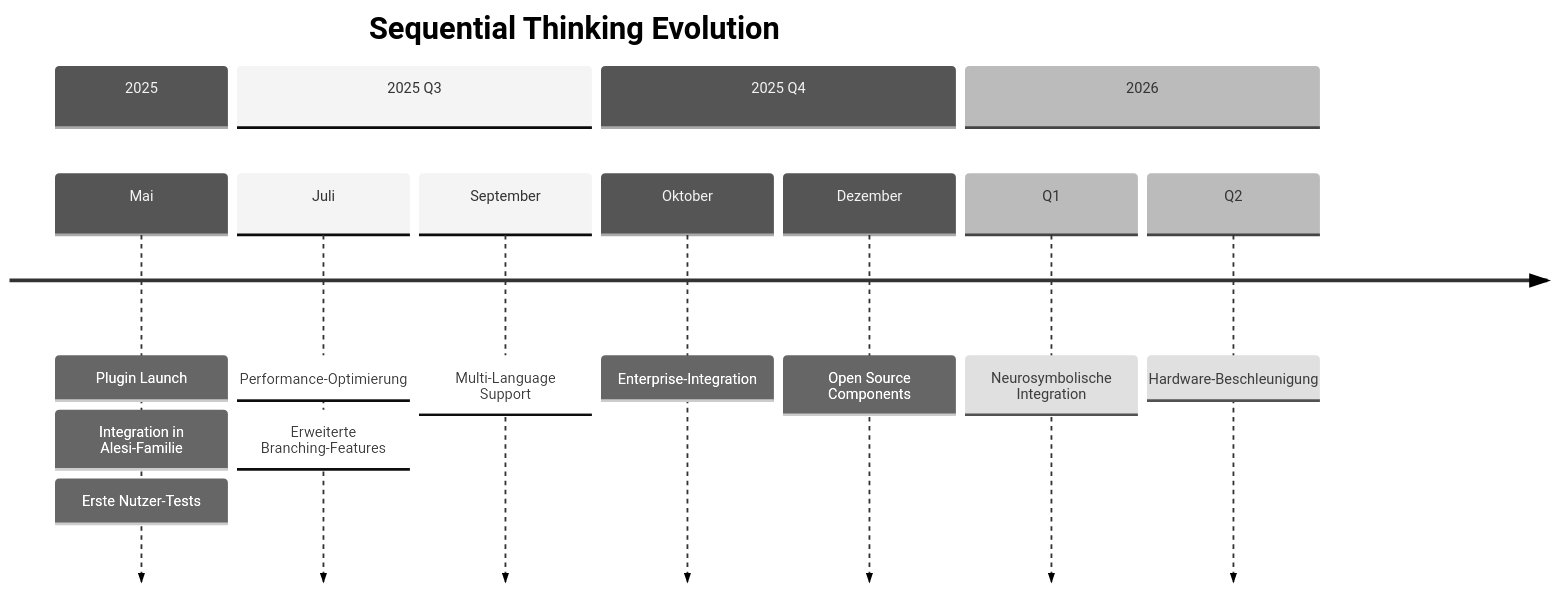
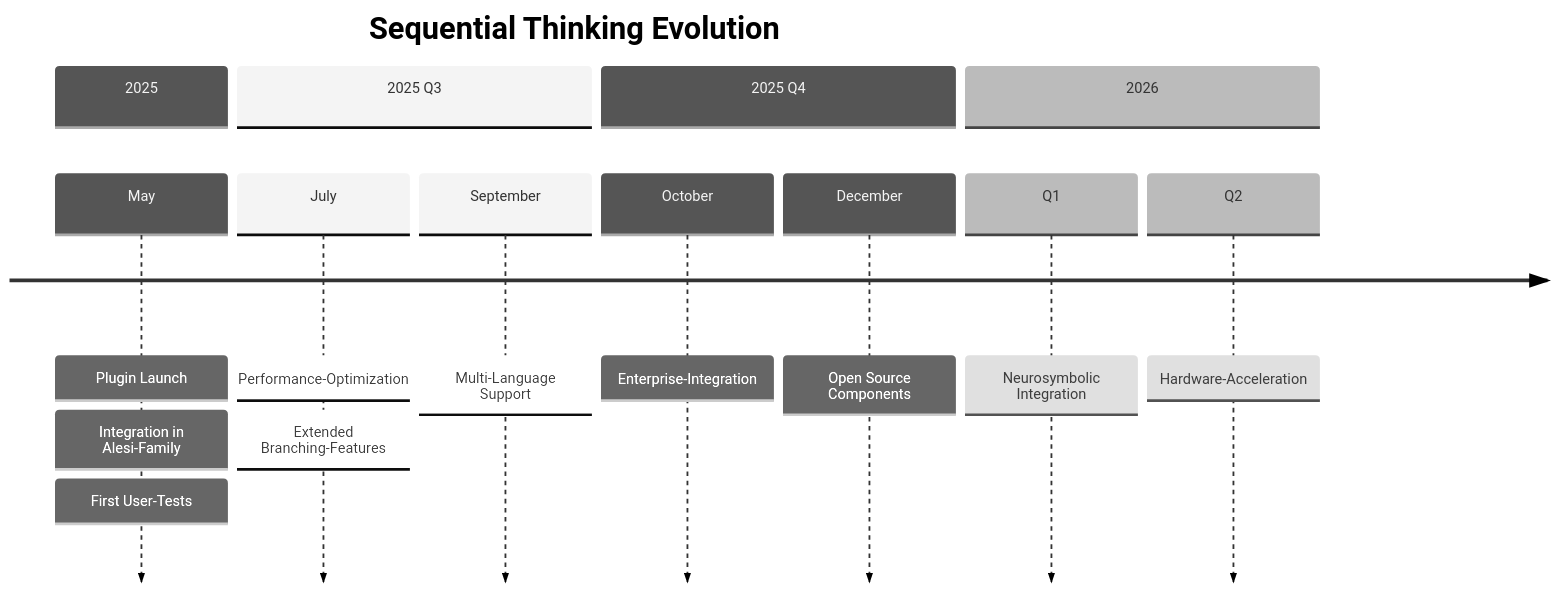
The third of 3 diagrams in docs/blog/posts/2025-05-25-sequential-thinking-revolution.md (satwareAG/satware.ai), drawn with Mermaid (neutral theme) before and after one commit. The commit also changed other lines of this file, not shown here.

````diff
--- a/docs/blog/posts/2025-05-25-sequential-thinking-revolution.md
+++ b/docs/blog/posts/2025-05-25-sequential-thinking-revolution.md
@@ -315,22 +317,22 @@
 ```mermaid
 timeline
     title Sequential Thinking Evolution
     
     section 2025
-        Mai : Plugin Launch
-            : Integration in Alesi-Familie
-            : Erste Nutzer-Tests
+        May : Plugin Launch
+            : Integration in Alesi-Family
+            : First User-Tests
     
     section 2025 Q3
-        Juli : Performance-Optimierung
-            : Erweiterte Branching-Features
+        July : Performance-Optimization
+            : Extended Branching-Features
         September : Multi-Language Support
     
     section 2025 Q4
-        Oktober : Enterprise-Integration
-        Dezember : Open Source Components
+        October : Enterprise-Integration
+        December : Open Source Components
     
     section 2026
-        Q1 : Neurosymbolische Integration
-        Q2 : Hardware-Beschleunigung
+        Q1 : Neurosymbolic Integration
+        Q2 : Hardware-Acceleration
 ```
````
